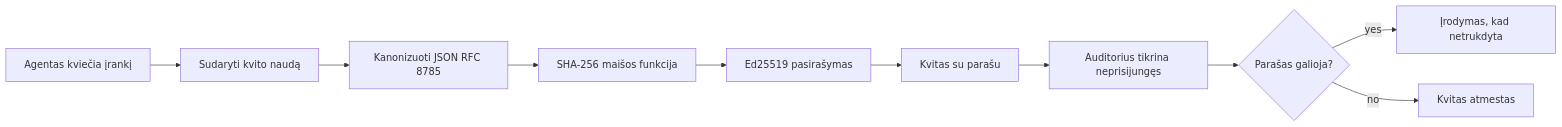
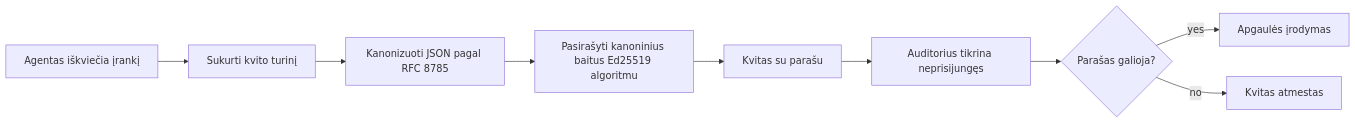
The first of 2 diagrams in translations/lt/18-securing-ai-agents/README.md (microsoft/ai-agents-for-beginners), drawn with Mermaid before and after one commit. The commit also changed other lines of this file and 45 other files, not shown here.

````diff
--- a/translations/lt/18-securing-ai-agents/README.md
+++ b/translations/lt/18-securing-ai-agents/README.md
@@ -51,12 +51,11 @@
 ```mermaid
 flowchart LR
-    A[Agentas kviečia įrankį] --> B[Sudaryti kvito naudą]
-    B --> C[Kanonizuoti JSON RFC 8785]
-    C --> D[SHA-256 maišos funkcija]
-    D --> E[Ed25519 pasirašymas]
+    A[Agentas iškviečia įrankį] --> B[Sukurti kvito turinį]
+    B --> C[Kanonizuoti JSON pagal RFC 8785]
+    C --> E[Pasirašyti kanoninius baitus Ed25519 algoritmu]
     E --> F[Kvitas su parašu]
     F --> G[Auditorius tikrina neprisijungęs]
     G --> H{Parašas galioja?}
-    H -- yes --> I[Įrodymas, kad netrukdyta]
+    H -- yes --> I[Apgaulės įrodymas]
     H -- no --> J[Kvitas atmestas]
 ```
````
